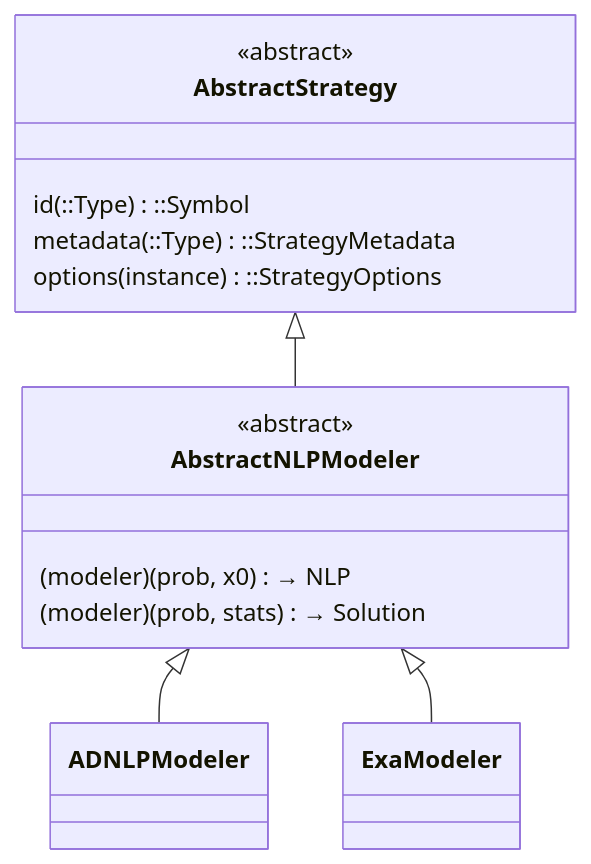
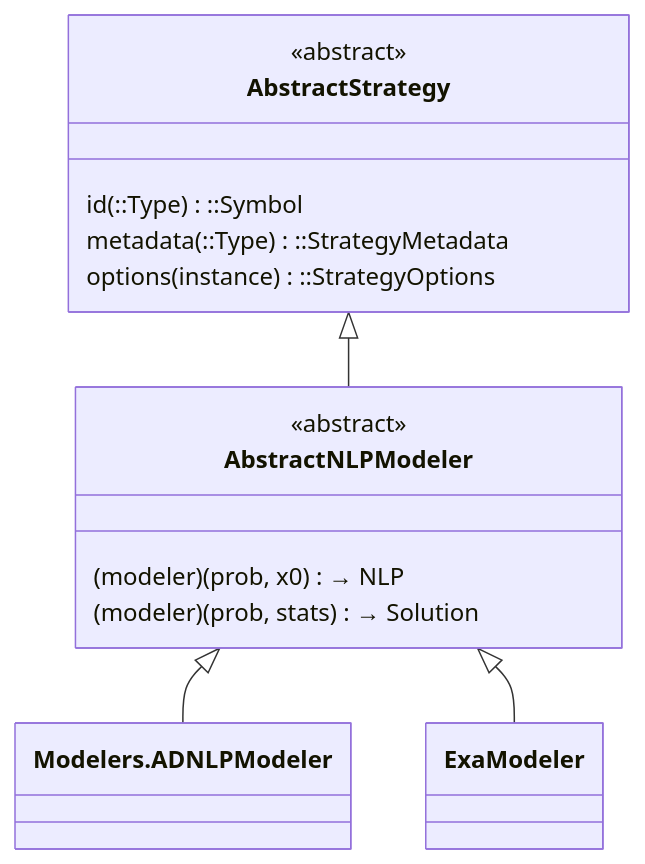
The first of 2 diagrams in docs/src/guides/implementing_a_modeler.md (control-toolbox/CTSolvers.jl), drawn with Mermaid before and after one commit. The commit also changed other lines of this file and 26 other files, not shown here.

First line of the commit message:
refactor: prefix ADNLPModeler with Modelers. throughout codebase

````diff
--- a/docs/src/guides/implementing_a_modeler.md
+++ b/docs/src/guides/implementing_a_modeler.md
@@ -20,19 +20,19 @@
 ```mermaid
 classDiagram
     class AbstractStrategy {
         <<abstract>>
         id(::Type)::Symbol
         metadata(::Type)::StrategyMetadata
         options(instance)::StrategyOptions
     }
 
     class AbstractNLPModeler {
         <<abstract>>
         (modeler)(prob, x0) → NLP
         (modeler)(prob, stats) → Solution
     }
 
     AbstractStrategy <|-- AbstractNLPModeler
-    AbstractNLPModeler <|-- ADNLPModeler
+    AbstractNLPModeler <|-- Modelers.ADNLPModeler
     AbstractNLPModeler <|-- ExaModeler
 ```
````
